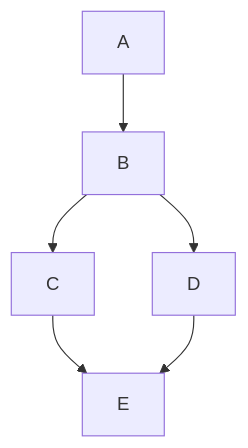
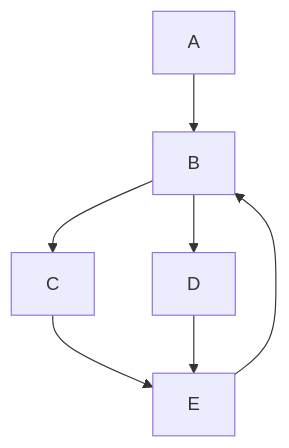
One commit to AkshayaJeyaprakash/Project_ATOM_RAS598 changed the second of 3 diagrams in markdown_kitchen_sink.md. Above: the diagram before and after it, drawn with Mermaid. The commit also changed other lines of this file, not shown here.

Commit message:
periodic check of the mermaid diagram

````diff
--- a/markdown_kitchen_sink.md
+++ b/markdown_kitchen_sink.md
@@ -322,8 +324,9 @@
 ```mermaid
 flowchart TD;
     A --> B;
     B --> C;
     B --> D;
     C --> E;
     D --> E;
+    E --> B;
 ```
````
